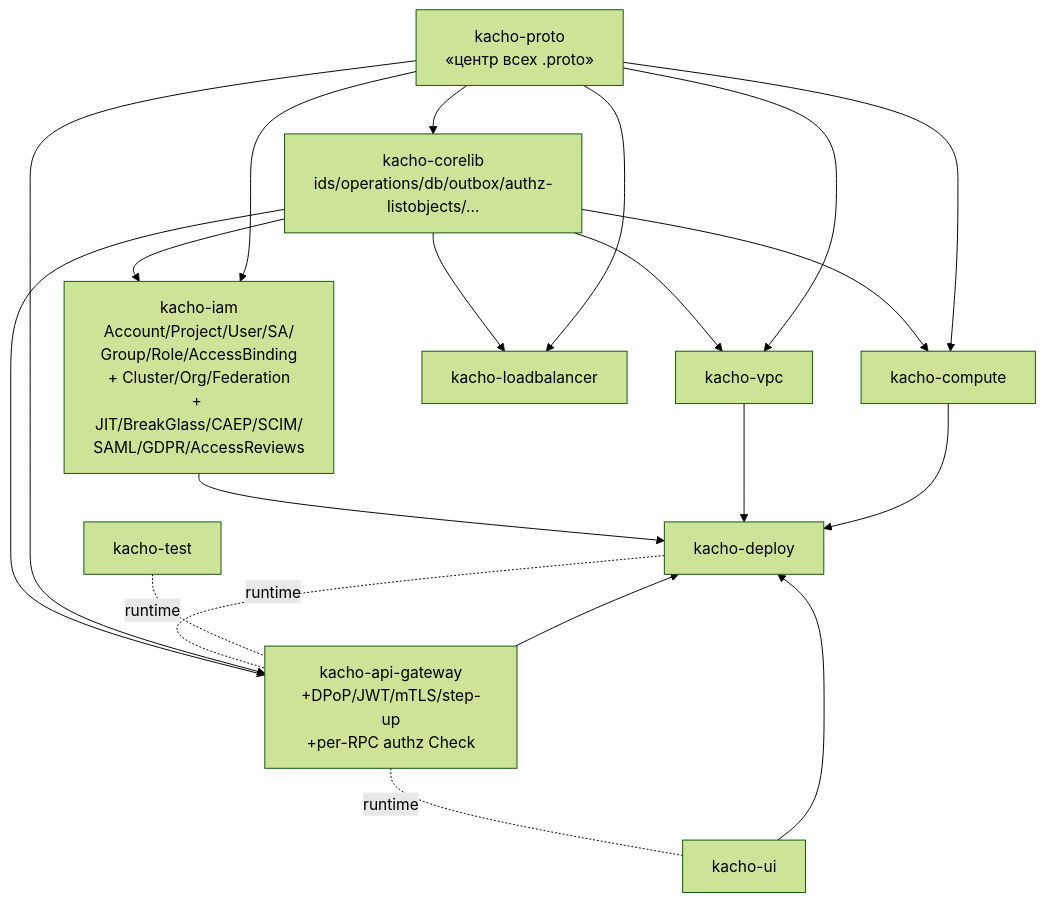
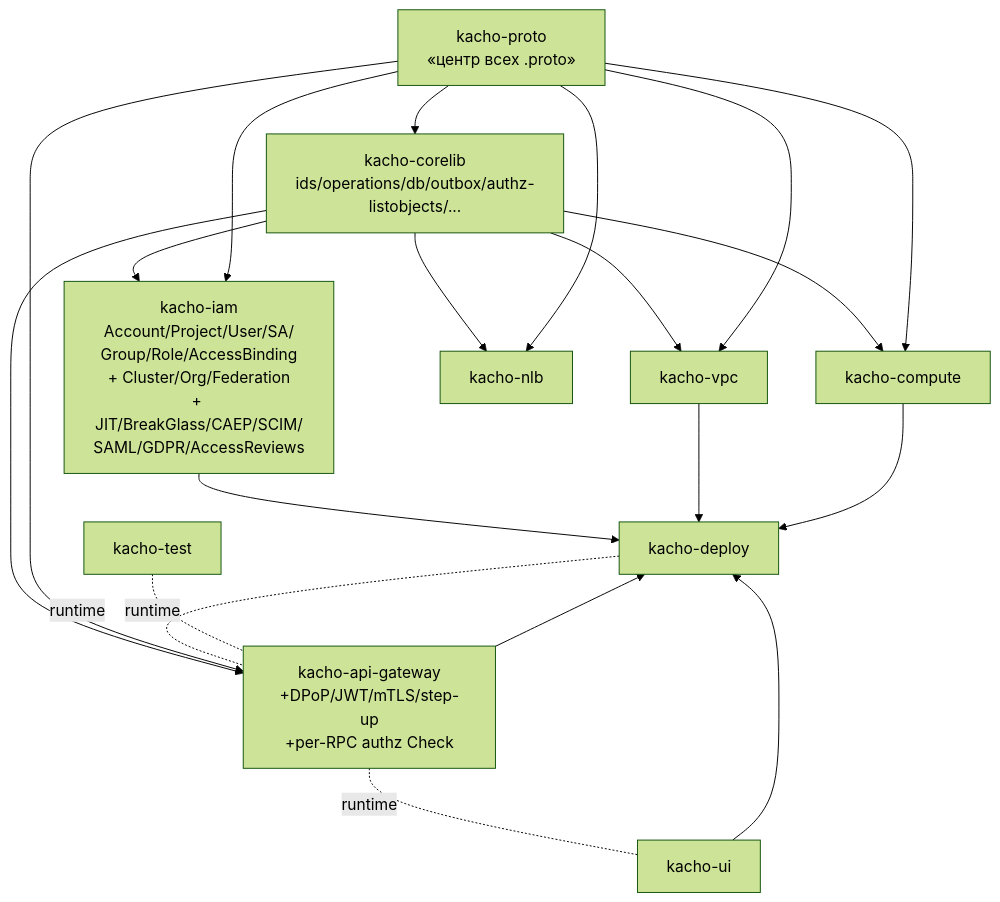
Before and after one commit to PRO-Robotech/kacho-workspace: the first of 10 diagrams in obsidian/kacho/architecture.md, drawn with Mermaid (forest theme). The commit also changed other lines of this file and 16 other files, not shown here.

````diff
--- a/obsidian/kacho/architecture.md
+++ b/obsidian/kacho/architecture.md
@@ -16,35 +16,35 @@
 ```mermaid
 graph TD
     proto[kacho-proto<br/>«центр всех .proto»]
     corelib[kacho-corelib<br/>ids/operations/db/outbox/authz-listobjects/...]
     iam[kacho-iam<br/>Account/Project/User/SA/<br/>Group/Role/AccessBinding<br/>+ Cluster/Org/Federation<br/>+ JIT/BreakGlass/CAEP/SCIM/<br/>SAML/GDPR/AccessReviews]
     vpc[kacho-vpc]
     compute[kacho-compute]
-    nlb[kacho-loadbalancer]
+    nlb[kacho-nlb]
     apigw[kacho-api-gateway<br/>+DPoP/JWT/mTLS/step-up<br/>+per-RPC authz Check]
     deploy[kacho-deploy]
     ui[kacho-ui]
     test[kacho-test]
 
     proto --> corelib
     corelib --> iam
     corelib --> vpc
     corelib --> compute
     corelib --> nlb
     corelib --> apigw
     proto --> iam
     proto --> vpc
     proto --> compute
     proto --> nlb
     proto --> apigw
 
     iam --> deploy
     vpc --> deploy
     compute --> deploy
     apigw --> deploy
     ui --> deploy
 
     deploy -.runtime.- apigw
     apigw -.runtime.- ui
     test -.runtime.- apigw
 ```
````
